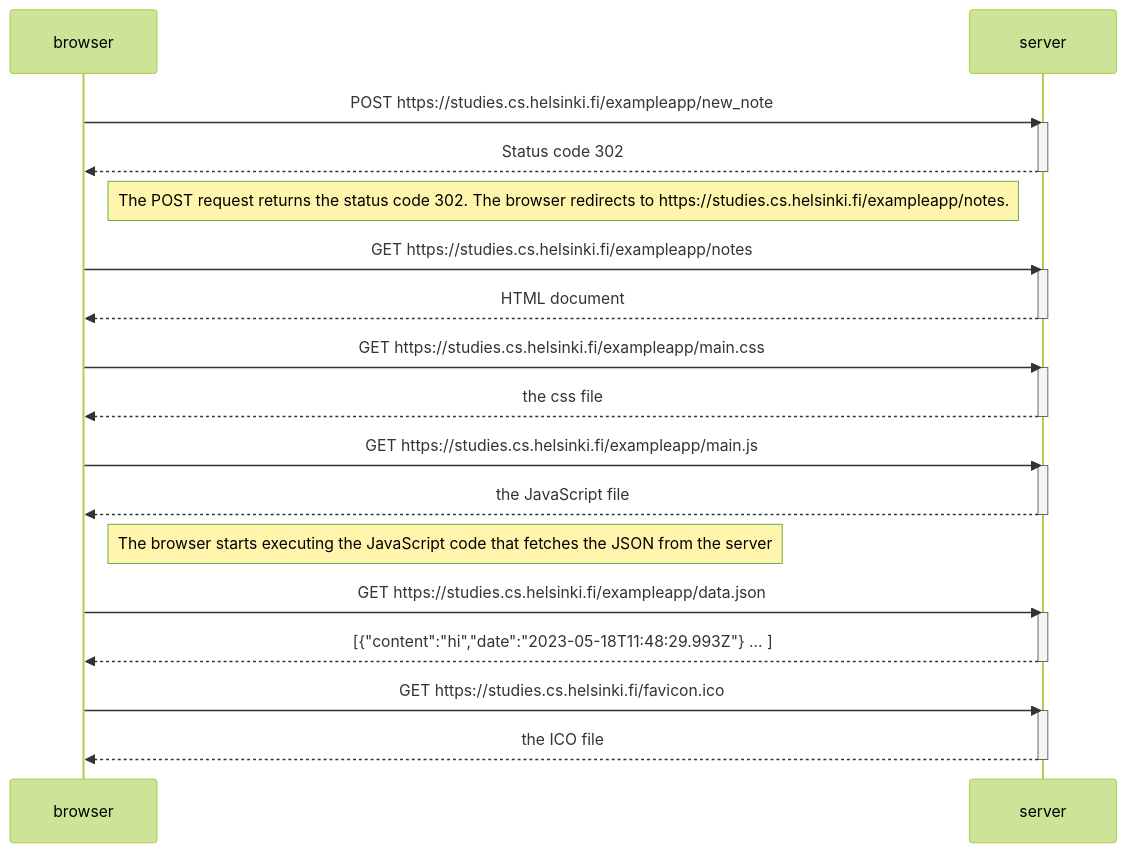
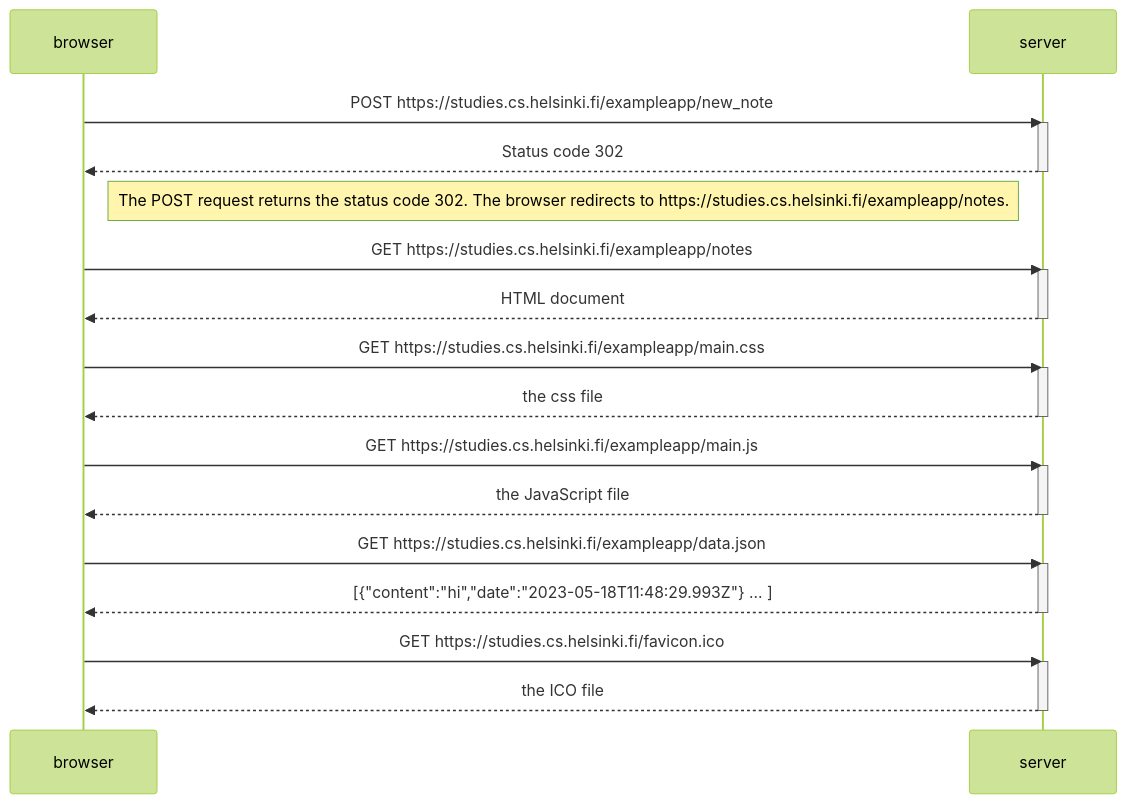
The diagram in 0sa-0/0.4.md (AkseliManninen/Full-Stack-Open), drawn with Mermaid (forest theme) before and after one commit.

````diff
--- a/0sa-0/0.4.md
+++ b/0sa-0/0.4.md
@@ -1,40 +1,38 @@
 ```mermaid
 sequenceDiagram
     participant browser
     participant server
     
     browser->>server: POST https://studies.cs.helsinki.fi/exampleapp/new_note
     activate server
     server-->>browser: Status code 302
     deactivate server
     
     Note right of browser: The POST request returns the status code 302. The browser redirects to https://studies.cs.helsinki.fi/exampleapp/notes.
     
     browser->>server: GET https://studies.cs.helsinki.fi/exampleapp/notes
     activate server
     server-->>browser: HTML document
     deactivate server
     
     browser->>server: GET https://studies.cs.helsinki.fi/exampleapp/main.css
     activate server
     server-->>browser: the css file
     deactivate server
     
     browser->>server: GET https://studies.cs.helsinki.fi/exampleapp/main.js
     activate server
     server-->>browser: the JavaScript file
     deactivate server
-    
-    Note right of browser: The browser starts executing the JavaScript code that fetches the JSON from the server
-    
+        
     browser->>server: GET https://studies.cs.helsinki.fi/exampleapp/data.json
     activate server
     server-->>browser: [{"content":"hi","date":"2023-05-18T11:48:29.993Z"} ... ]
     deactivate server    
 
     browser->>server: GET https://studies.cs.helsinki.fi/favicon.ico
     activate server
     server-->>browser: the ICO file
     deactivate server  
 
  ```
````
